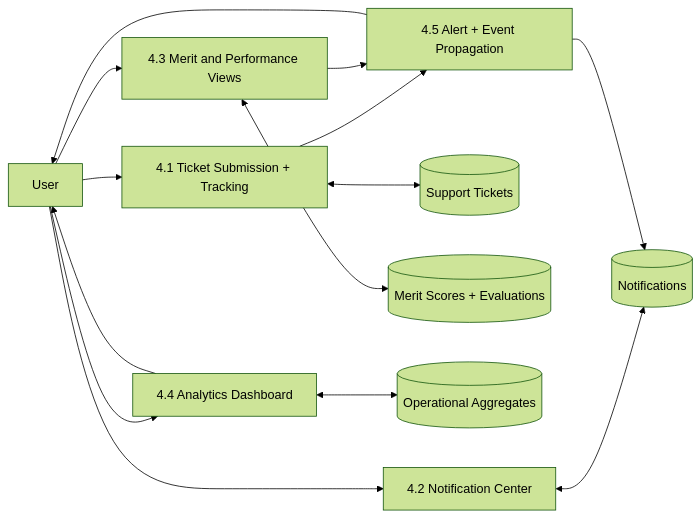
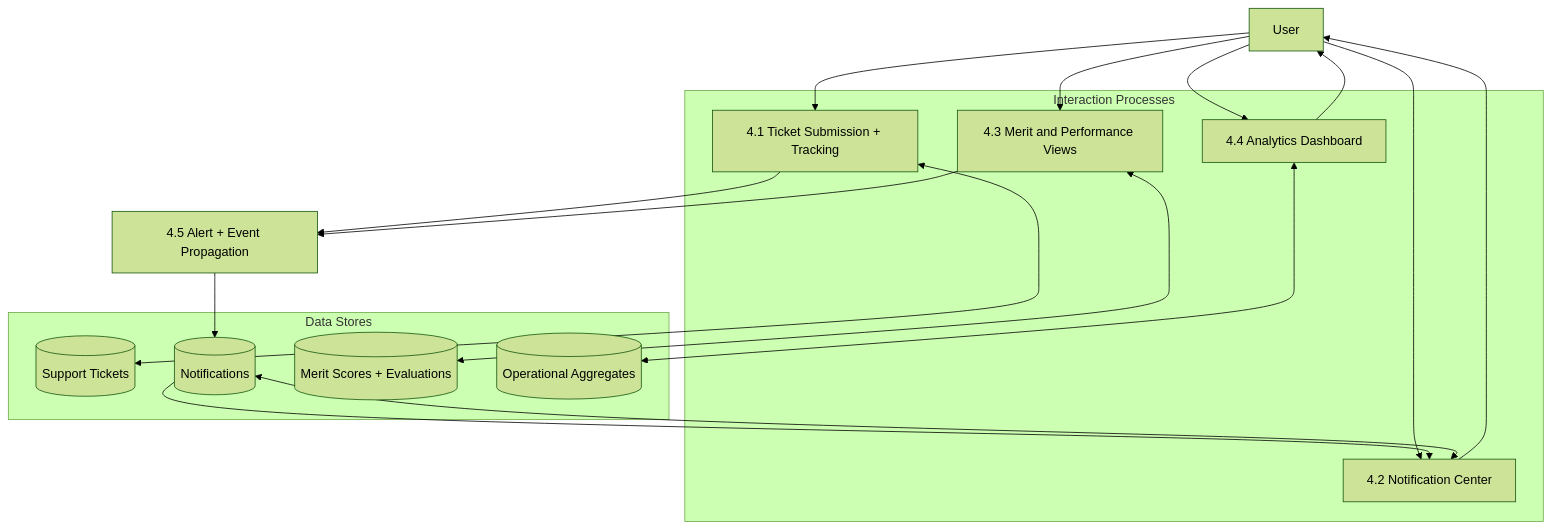
One commit to dwaytu/Capstone-Main changed the sixth of 7 diagrams in SYSTEM_FLOW_DIAGRAMS.md. Above: the diagram before and after it, drawn with Mermaid (forest theme). The commit also changed other lines of this file and 12 other files, not shown here.

Commit message:
Diagrams

````diff
--- a/SYSTEM_FLOW_DIAGRAMS.md
+++ b/SYSTEM_FLOW_DIAGRAMS.md
@@ -208,19 +208,36 @@
 ```mermaid
-flowchart LR
-        U[User] --> P41[4.1 Ticket Submission + Tracking]
-        U --> P42[4.2 Notification Center]
-        U --> P43[4.3 Merit and Performance Views]
-        U --> P44[4.4 Analytics Dashboard]
+flowchart TD
+        U[User]
 
-        P41 <--> D41[(Support Tickets)]
-        P42 <--> D42[(Notifications)]
-        P43 <--> D43[(Merit Scores + Evaluations)]
-        P44 <--> D44[(Operational Aggregates)]
+        subgraph Interaction Processes
+            P41[4.1 Ticket Submission + Tracking]
+            P42[4.2 Notification Center]
+            P43[4.3 Merit and Performance Views]
+            P44[4.4 Analytics Dashboard]
+        end
+
+        subgraph Data Stores
+            D41[(Support Tickets)]
+            D42[(Notifications)]
+            D43[(Merit Scores + Evaluations)]
+            D44[(Operational Aggregates)]
+        end
+
+        U --> P41
+        U --> P42
+        U --> P43
+        U --> P44
+
+        P41 <--> D41
+        P42 <--> D42
+        P43 <--> D43
+        P44 <--> D44
 
         P41 --> P45[4.5 Alert + Event Propagation]
         P43 --> P45
         P45 --> D42
-        P45 --> U
 
+        D42 --> P42
+        P42 --> U
         P44 --> U
 ```
````
